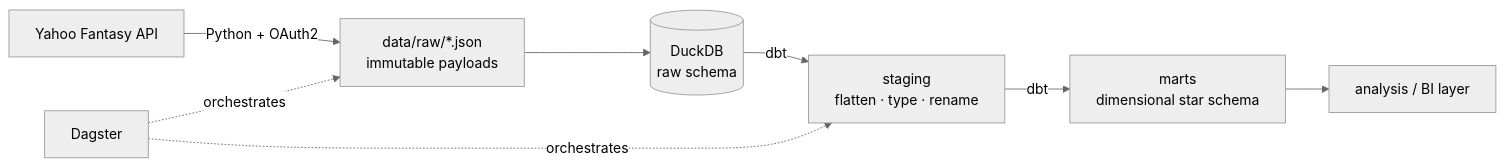
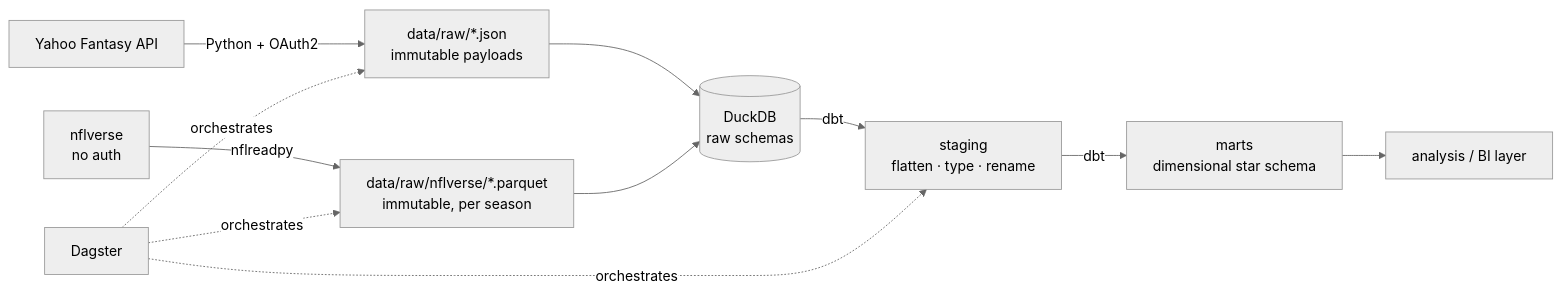
Before and after one commit to whydoom/fullstack-fantasy: the diagram in README.md, drawn with Mermaid (neutral theme). The commit also changed other lines of this file and 26 other files, not shown here.

````diff
--- a/README.md
+++ b/README.md
@@ -25,10 +29,13 @@
 ```mermaid
 flowchart LR
     A[Yahoo Fantasy API] -->|Python + OAuth2| B[data/raw/*.json<br/>immutable payloads]
-    B --> C[(DuckDB<br/>raw schema)]
+    A2[nflverse<br/>no auth] -->|nflreadpy| B2[data/raw/nflverse/*.parquet<br/>immutable, per season]
+    B --> C[(DuckDB<br/>raw schemas)]
+    B2 --> C
     C -->|dbt| D[staging<br/>flatten · type · rename]
     D -->|dbt| E[marts<br/>dimensional star schema]
     E --> F[analysis / BI layer]
     G[Dagster] -.orchestrates.-> B
+    G -.orchestrates.-> B2
     G -.orchestrates.-> D
 ```
````
